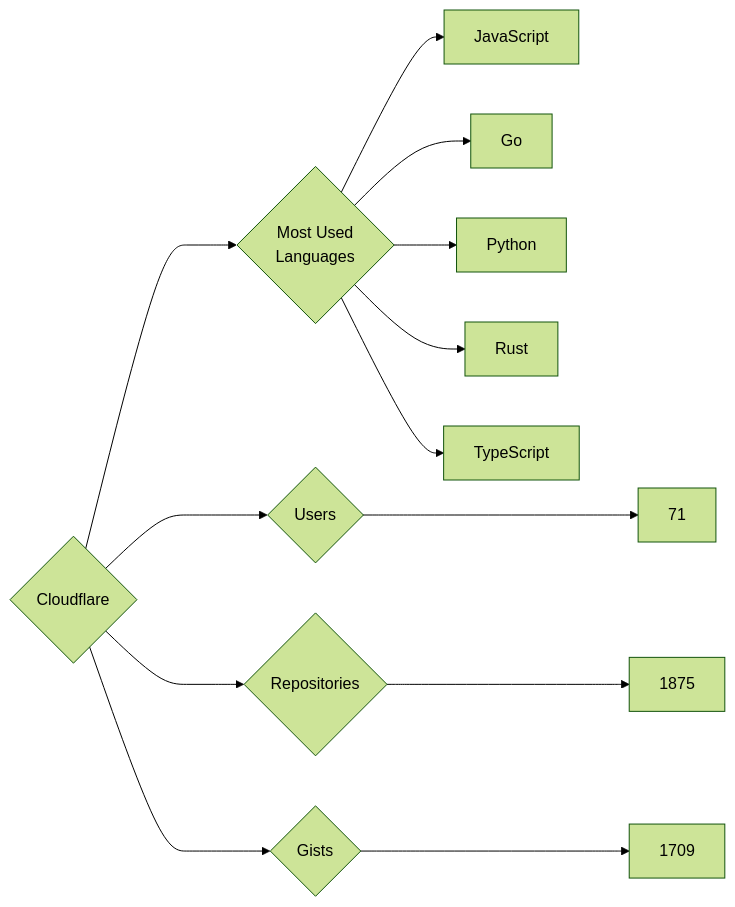
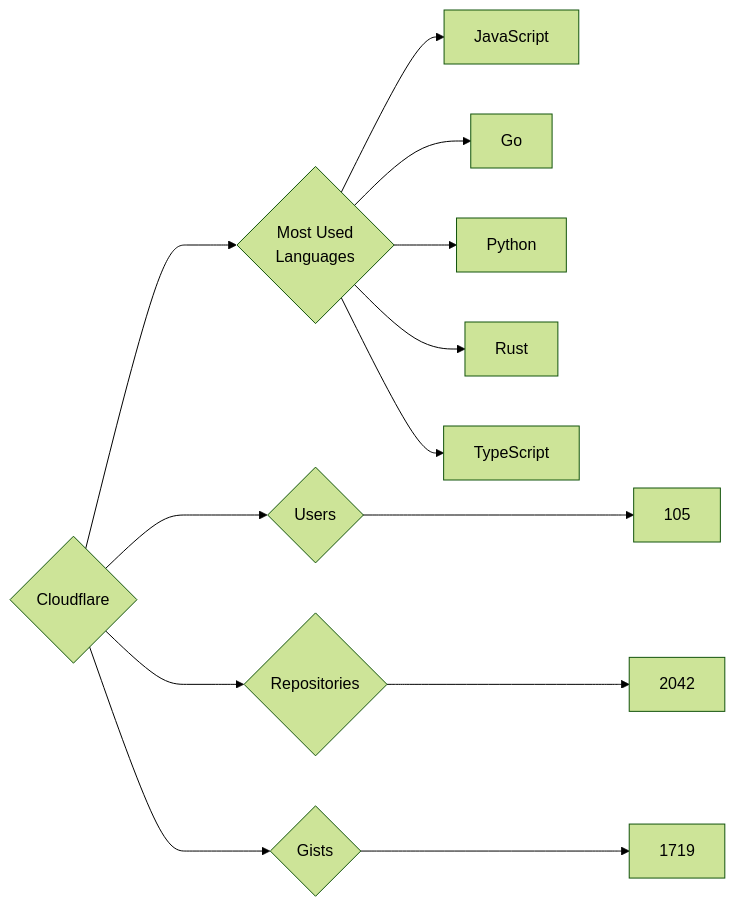
Before and after one commit to trickest/insiders: the diagram in targets/Cloudflare/README.md, drawn with Mermaid (forest theme). The commit also changed 440 other files, not shown here.

````diff
--- a/targets/Cloudflare/README.md
+++ b/targets/Cloudflare/README.md
@@ -3,13 +3,13 @@
 ```mermaid
 graph LR
 COMPANY_NAME{Cloudflare}
-COMPANY_NAME ---> U{Users} ---> UN[71]
-COMPANY_NAME ---> R{Repositories} ---> RN[1875]
-COMPANY_NAME ---> G{Gists} ---> GN[1709]
+COMPANY_NAME ---> U{Users} ---> UN[105]
+COMPANY_NAME ---> R{Repositories} ---> RN[2042]
+COMPANY_NAME ---> G{Gists} ---> GN[1719]
 COMPANY_NAME ---> ML{Most Used<br>Languages}
 ML --> JavaScript[JavaScript]
 ML --> Go[Go]
 ML --> Python[Python]
 ML --> Rust[Rust]
 ML --> TypeScript[TypeScript]
 ```
````
